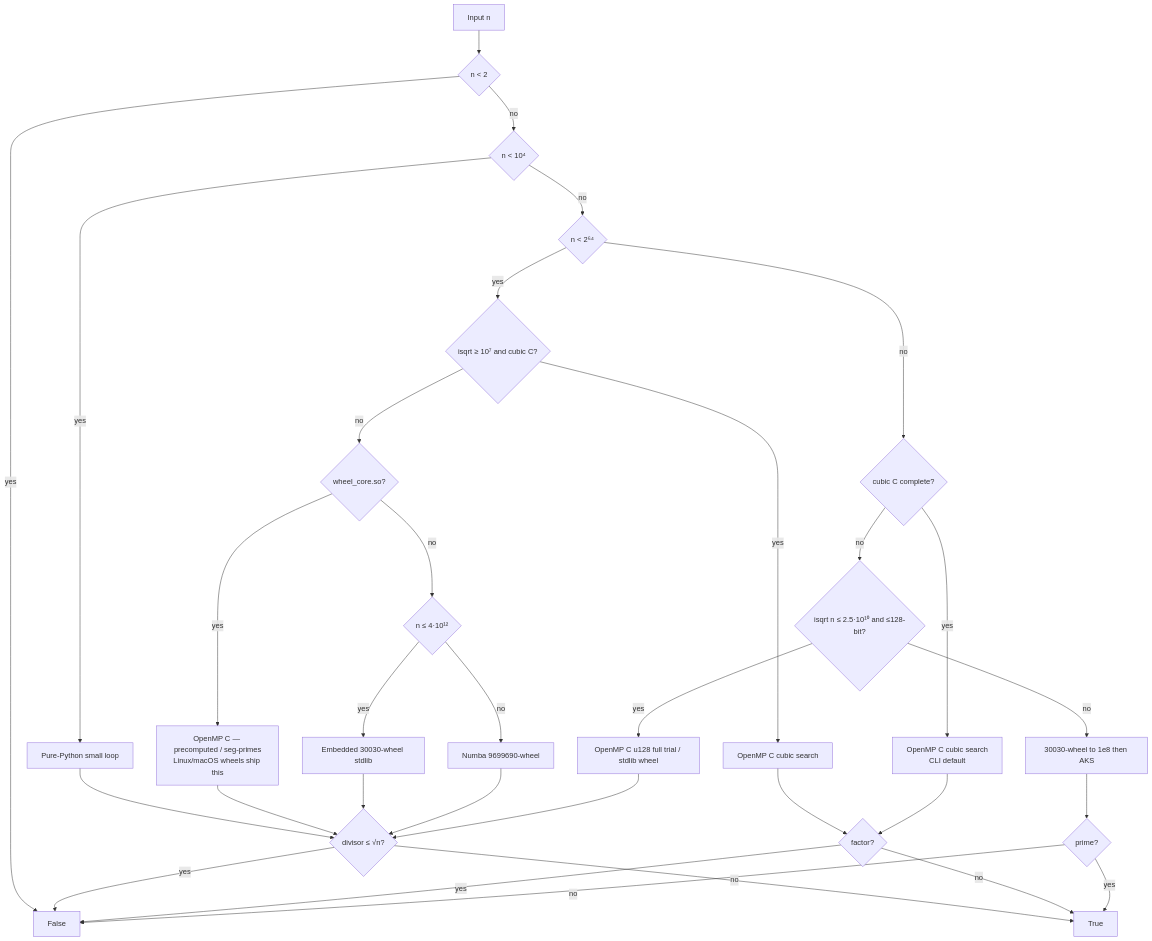
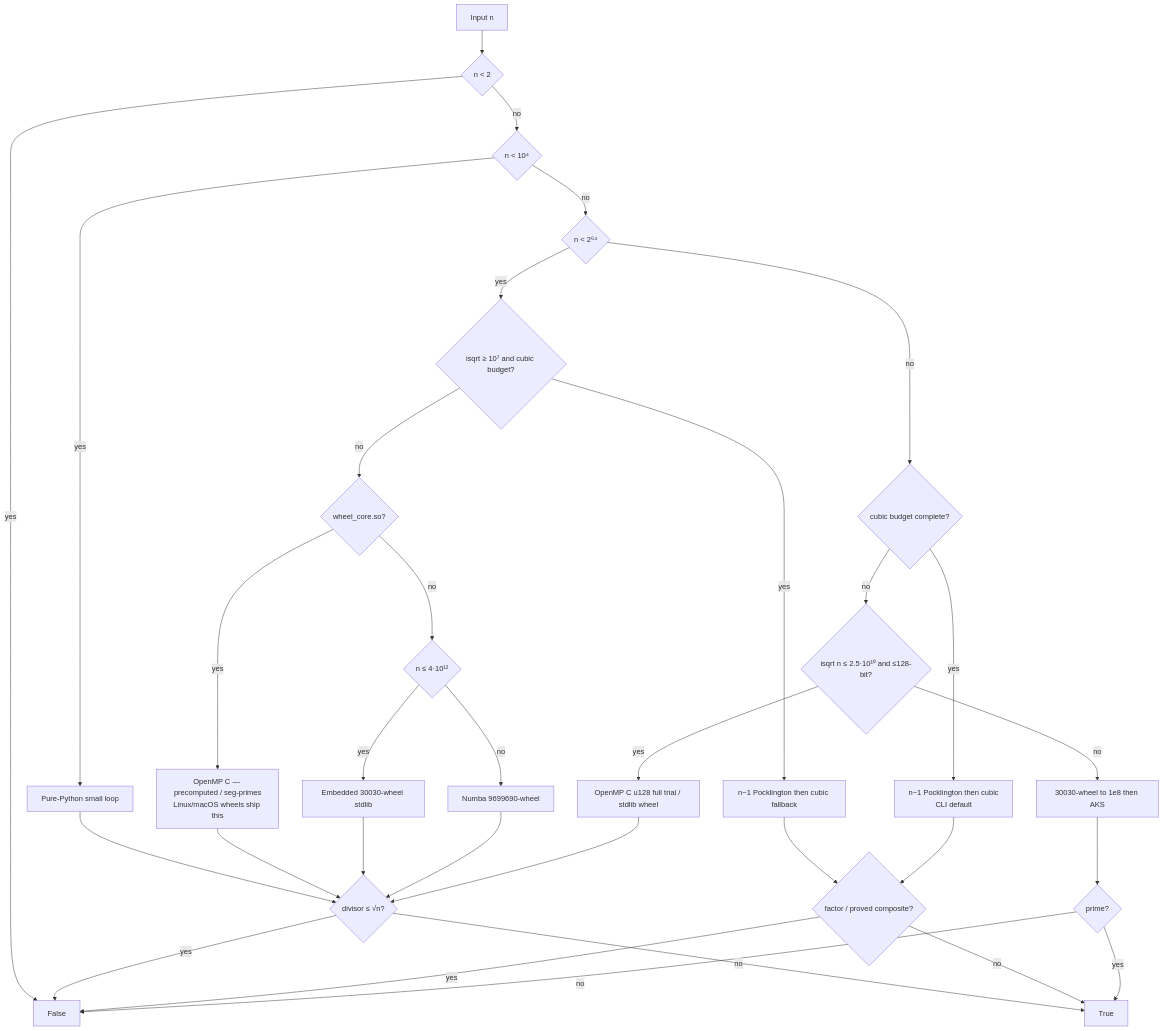
One commit to BurakAhmet/Best-Prime-Number-Function changed the diagram in README.md. Above: the diagram before and after it, drawn with Mermaid. The commit also changed other lines of this file and 37 other files, not shown here.

First line of the commit message:
feat: n−1 Pocklington before cubic on the hard path (#57)

````diff
--- a/README.md
+++ b/README.md
@@ -161,34 +162,34 @@
 ```mermaid
 flowchart TD
   A[Input n] --> B{n < 2}
   B -->|yes| Z1[False]
   B -->|no| C{n < 10⁴}
   C -->|yes| P1[Pure-Python small loop]
   C -->|no| D{n < 2⁶⁴}
-  D -->|yes| E0{isqrt ≥ 10⁷ and cubic C?}
-  E0 -->|yes| P7[OpenMP C cubic search]
+  D -->|yes| E0{isqrt ≥ 10⁷ and cubic budget?}
+  E0 -->|yes| P7[n−1 Pocklington then cubic fallback]
   P7 --> Z3
   E0 -->|no| E{wheel_core.so?}
   E -->|yes| P2[OpenMP C — precomputed / seg-primes<br/>Linux/macOS wheels ship this]
   E -->|no| F{n ≤ 4·10¹²}
   F -->|yes| P3[Embedded 30030-wheel stdlib]
   F -->|no| P4[Numba 9699690-wheel]
   P1 --> G{divisor ≤ √n?}
   P2 --> G
   P3 --> G
   P4 --> G
   G -->|yes| Z1
   G -->|no| Z2[True]
-  D -->|no| H0{cubic C complete?}
-  H0 -->|yes| P6[OpenMP C cubic search<br/>CLI default]
-  P6 --> Z3{factor?}
+  D -->|no| H0{cubic budget complete?}
+  H0 -->|yes| P6[n−1 Pocklington then cubic<br/>CLI default]
+  P6 --> Z3{factor / proved composite?}
   Z3 -->|yes| Z1
   Z3 -->|no| Z2
   H0 -->|no| H{isqrt n ≤ 2.5·10¹⁰ and ≤128-bit?}
   H -->|yes| P5[OpenMP C u128 full trial / stdlib wheel]
   P5 --> G
   H -->|no| I[30030-wheel to 1e8 then AKS]
   I --> L{prime?}
   L -->|yes| Z2
   L -->|no| Z1
 ```
````
